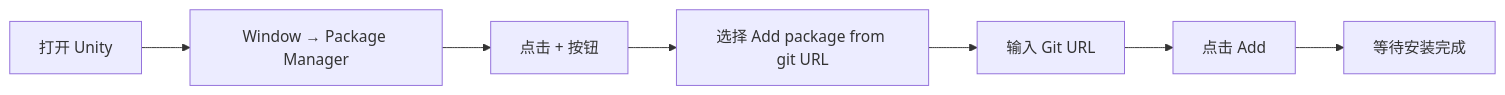
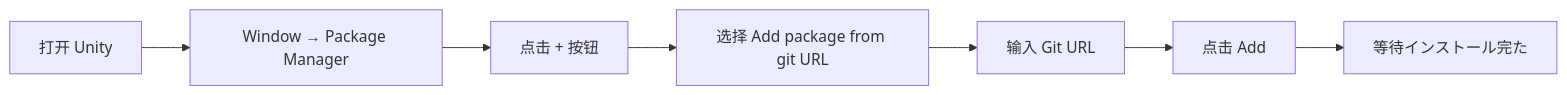
One commit to AlianBlank/GameFrameX.Docs changed the first of 2 diagrams in docs/ja/client/unity/component/globalconfig/02.installation.md. Above: the diagram before and after it, drawn with Mermaid. The commit also changed other lines of this file and 320 other files, not shown here.

````diff
--- a/docs/ja/client/unity/component/globalconfig/02.installation.md
+++ b/docs/ja/client/unity/component/globalconfig/02.installation.md
@@ -124,9 +124,9 @@
 ```mermaid
 flowchart LR
     A[打开 Unity] --> B[Window → Package Manager]
     B --> C[点击 + 按钮]
     C --> D[选择 Add package from git URL]
     D --> E[输入 Git URL]
     E --> F[点击 Add]
-    F --> G[等待安装完成]
+    F --> G[等待インストール完た]
 ```
````
